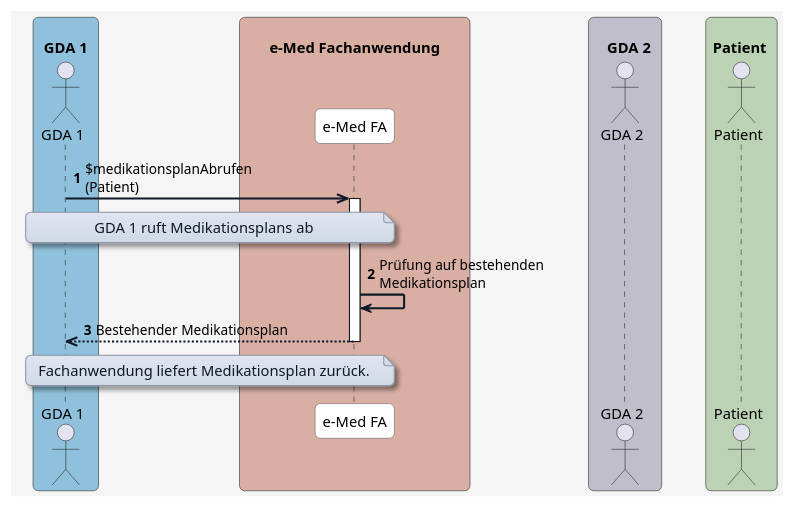
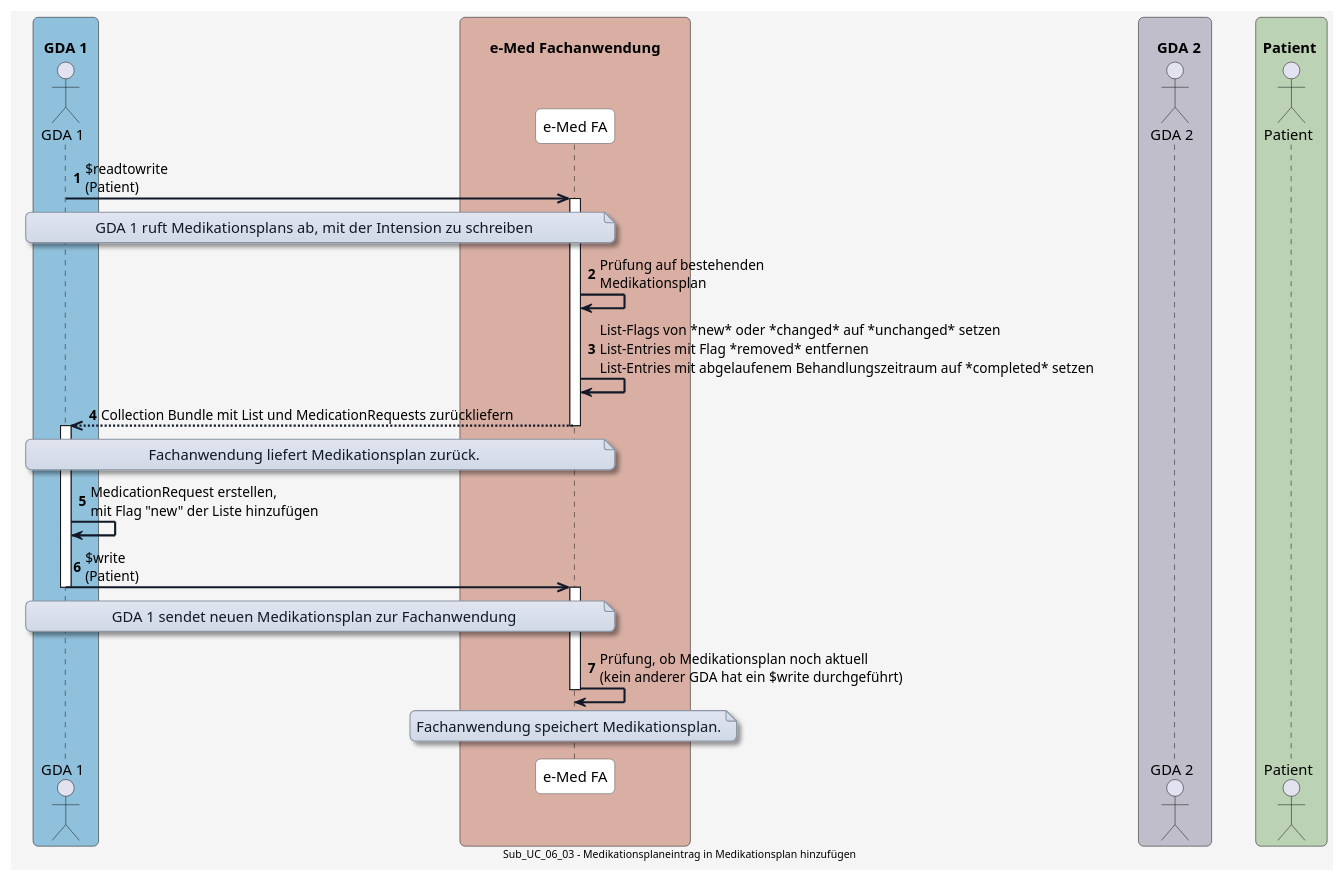
Before and after one commit to HL7Austria/ELGA-e-Medikation-R4: the diagram in input/images-source/UC_06_03.plantuml, drawn with PlantUML. The commit also changed 6 other files, not shown here.

Commit message:
Update Sub_UC_06_03 - Medikationsplaneintrag in Medikationsplan hinzufügen + diagrams

```diff
--- a/input/images-source/UC_06_03.plantuml
+++ b/input/images-source/UC_06_03.plantuml
@@ -1,75 +1,101 @@
 @startuml
 skinparam borderColor #000000
 skinparam backgroundColor #f5f5f5
 skinparam shadowing false
 skinparam roundCorner 10
 skinparam defaultFontName "Arial"
 skinparam defaultFontSize 14
 skinparam defaultFontColor #000000
 
 skinparam note {
   BackgroundColor #e0e5f0-#d1d9e6
   BorderColor #8b95a5
   BorderThickness 1
   RoundCorner 8
   Padding 6
   FontColor #111827
   Shadowing true
 }
 
 skinparam HyperlinkColor #0000EE
 skinparam HyperlinkUnderline false
 
 skinparam sequence {
   ParticipantBorderColor #555555
   ParticipantBackgroundColor #ffffff
   ParticipantFontColor #000000
   ParticipantFontSize 14
   ParticipantPadding 20
   ArrowColor #111827
   ArrowThickness 2
   ArrowFontColor #000000
   ArrowFontSize 13
   GroupBorderColor #111827
   GroupBackgroundColor #f3f4f6
   GroupBorderThickness 1
 }
 
 skinparam BoxPadding 20
 skinparam BoxBorderColor #555555
 
 box "\n  GDA 1  " #90C1DC
   actor GDA_1 as "GDA 1"
 end box
 
 box "\n       e-Med Fachanwendung       " #D9AFA4
   participant eMed_FA as "e-Med FA"
 end box
 
 box "\n    GDA 2  " #C0BECB
   actor GDA_2 as "GDA 2"
 end box
 
 box "\n Patient  " #BBD3B4
   actor Patient as "Patient"
 end box
 
 autonumber
 
-GDA_1 ->> eMed_FA: $medikationsplanAbrufen\n(Patient)
+GDA_1 ->> eMed_FA: $readtowrite\n(Patient)
 note over GDA_1, eMed_FA
-GDA 1 ruft Medikationsplans ab
+GDA 1 ruft Medikationsplans ab, mit der Intension zu schreiben
 end note
 
 activate eMed_FA
 eMed_FA -> eMed_FA: Prüfung auf bestehenden\nMedikationsplan
 
-eMed_FA -->> GDA_1: Bestehender Medikationsplan
+eMed_FA -> eMed_FA: List-Flags von *new* oder *changed* auf *unchanged* setzen\nList-Entries mit Flag *removed* entfernen\nList-Entries mit abgelaufenem Behandlungszeitraum auf *completed* setzen
+
+eMed_FA -->> GDA_1: Collection Bundle mit List und MedicationRequests zurückliefern
 
 deactivate eMed_FA
 
 note over GDA_1, eMed_FA
 Fachanwendung liefert Medikationsplan zurück.
 end note
 
+activate GDA_1
+
+GDA_1 -> GDA_1: MedicationRequest erstellen,\nmit Flag "new" der Liste hinzufügen
+
+GDA_1 ->> eMed_FA: $write\n(Patient)
+
+deactivate GDA_1
+
+note over GDA_1, eMed_FA
+GDA 1 sendet neuen Medikationsplan zur Fachanwendung
+end note
+
+activate eMed_FA
+
+eMed_FA -> eMed_FA: Prüfung, ob Medikationsplan noch aktuell\n(kein anderer GDA hat ein $write durchgeführt)
+
+note over eMed_FA
+Fachanwendung speichert Medikationsplan.
+end note
+
+deactivate eMed_FA
+
+center footer Sub_UC_06_03 - Medikationsplaneintrag in Medikationsplan hinzufügen
+
 @enduml
```
